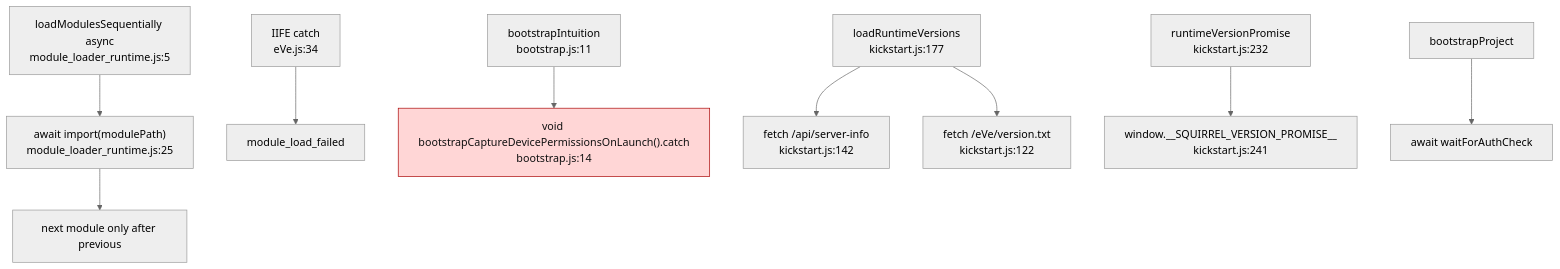
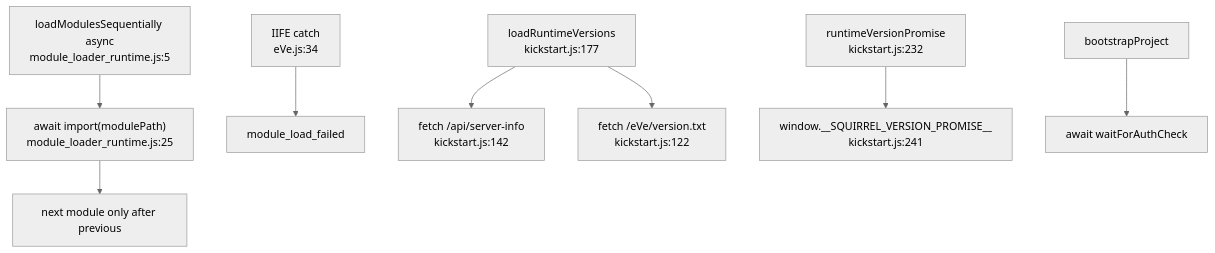
The diagram in atome/documentations/graphs/boot/05-async-graph.md (atomecorp/a), drawn with Mermaid (neutral theme) before and after one commit. The commit also changed 71 other files, not shown here.

````diff
--- a/atome/documentations/graphs/boot/05-async-graph.md
+++ b/atome/documentations/graphs/boot/05-async-graph.md
@@ -3,13 +3,12 @@
 ```mermaid
 flowchart TD
   Loader["loadModulesSequentially async\nmodule_loader_runtime.js:5"] --> Import["await import(modulePath)\nmodule_loader_runtime.js:25"]
   Import --> Next["next module only after previous"]
   EveCatch["IIFE catch\neVe.js:34"] --> Fail["module_load_failed"]
-  BootIntuition["bootstrapIntuition\nbootstrap.js:11"] --> VoidPerm["void bootstrapCaptureDevicePermissionsOnLaunch().catch\nbootstrap.js:14"]:::risk
   Versions["loadRuntimeVersions\nkickstart.js:177"] --> ServerInfo["fetch /api/server-info\nkickstart.js:142"]
   Versions --> EveVersion["fetch /eVe/version.txt\nkickstart.js:122"]
   RuntimePromise["runtimeVersionPromise\nkickstart.js:232"] --> WindowPromise["window.__SQUIRREL_VERSION_PROMISE__\nkickstart.js:241"]
   ProjectBoot["bootstrapProject"] --> AuthWait["await waitForAuthCheck"]
 
   classDef risk fill:#ffd6d6,stroke:#a80000,color:#111
 ```
````
